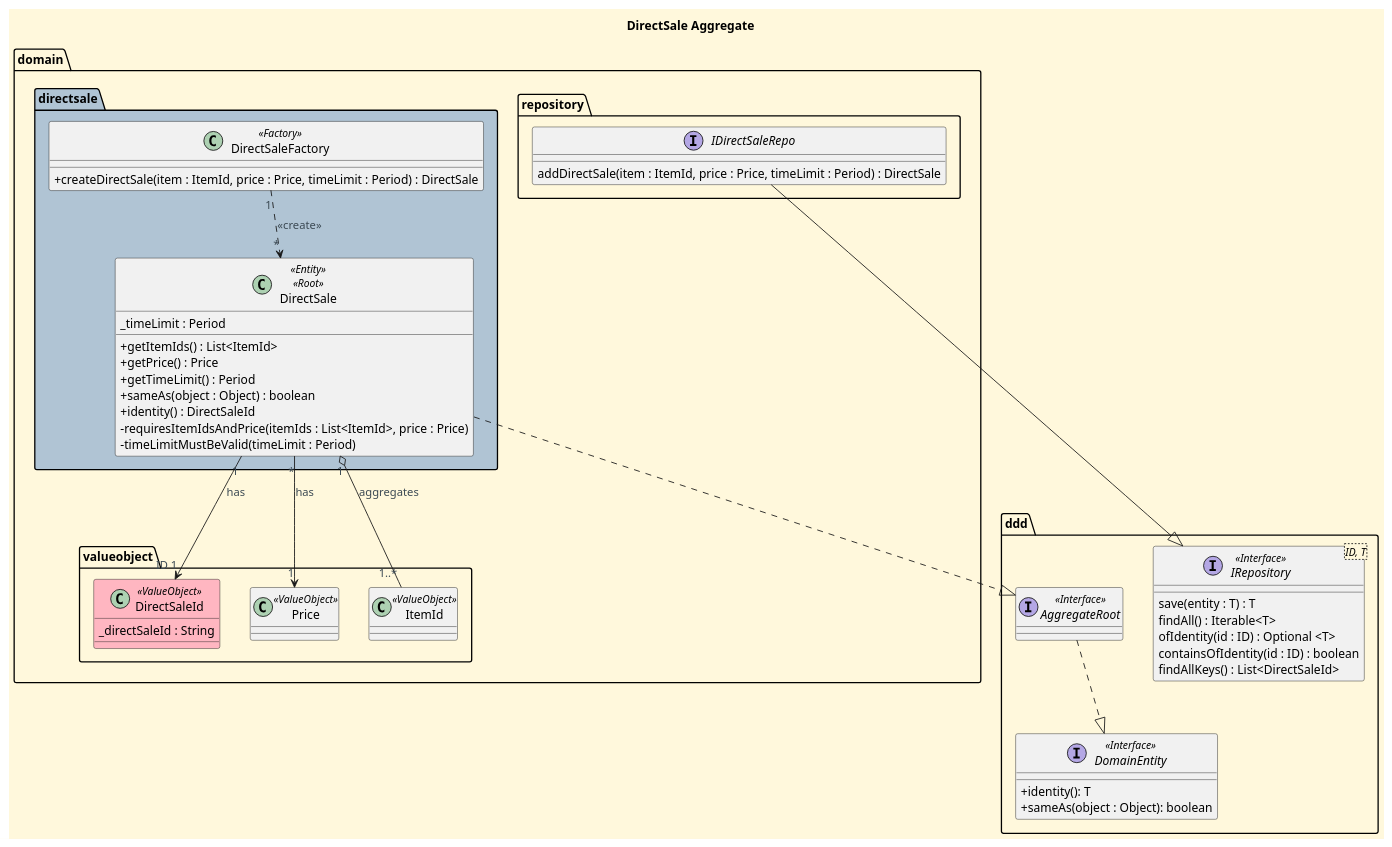
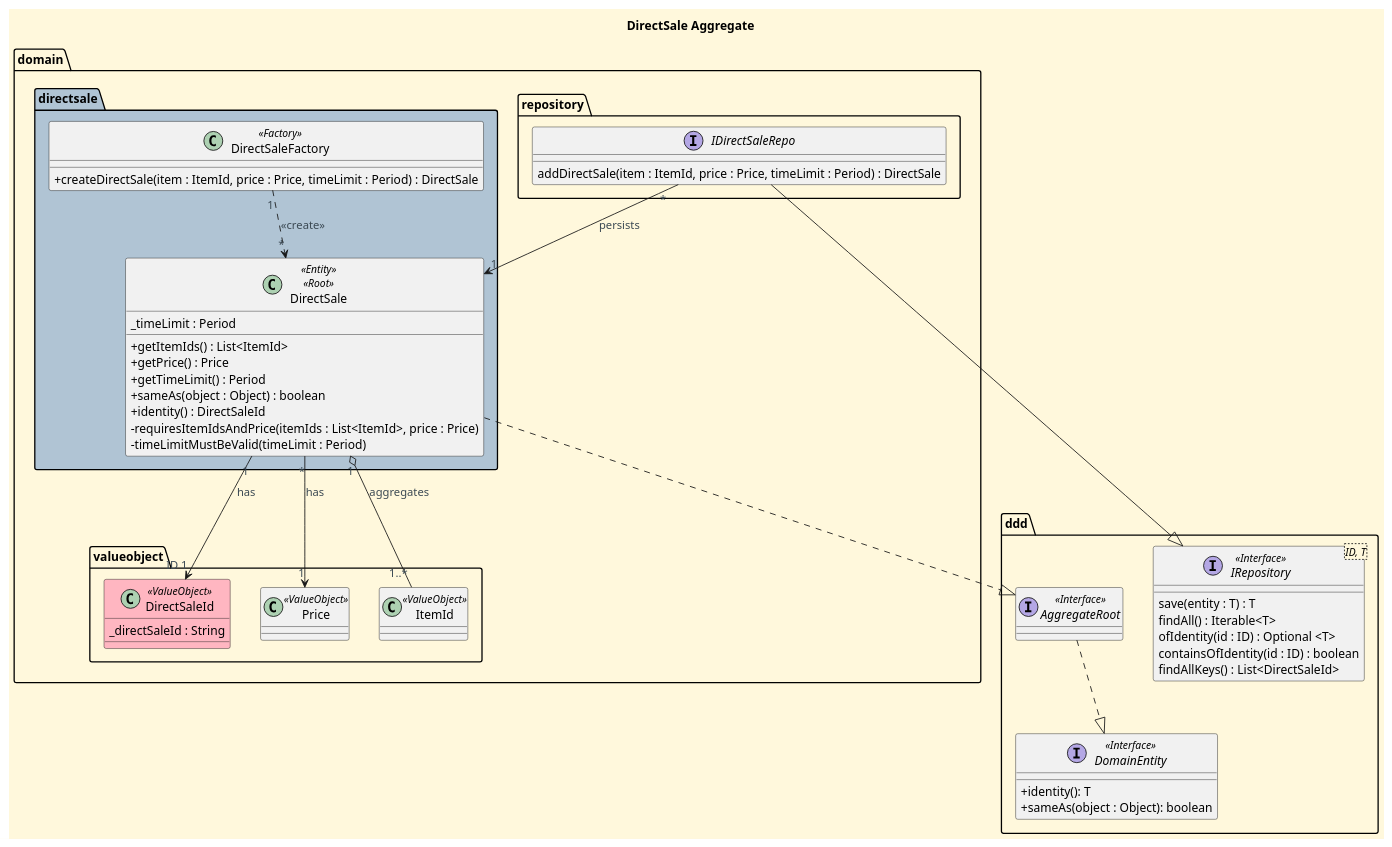
The diagram in docs/aggregates-diagrams/DirectSale_Aggregate.puml (CarolinaLeite-collab/JavaMarketplacePlatform), drawn with PlantUML before and after one commit.

Commit message:
Changes to DirectSale_Aggregate diagram (#689)

```diff
--- a/docs/aggregates-diagrams/DirectSale_Aggregate.puml
+++ b/docs/aggregates-diagrams/DirectSale_Aggregate.puml
@@ -1,93 +1,94 @@
 @startuml
 
 '==== Title ====
 title DirectSale Aggregate
 top to bottom direction
 
 '==== basic style ====
 skinparam monochrome false
 skinparam shadowing false
 skinparam defaultFontName Futura
 skinparam objectFontSize 20
 skinparam backgroundColor CornSilk
 skinparam objectBackgroundColor WhiteSmoke
 skinparam noteBackgroundColor #FFFFE0
 skinparam ArrowFontColor #3B4953
 skinparam ActivationBackgroundColor black
 skinparam classAttributeIconSize 0
 
 
 ' ===== Domain =====
 Package "domain" {
 
     Package "directsale" #b0c4d4 {
         class DirectSale <<Entity>> <<Root>> {
             _timeLimit : Period
             +getItemIds() : List<ItemId>
             +getPrice() : Price
             +getTimeLimit() : Period
             +sameAs(object : Object) : boolean
             +identity() : DirectSaleId
             -requiresItemIdsAndPrice(itemIds : List<ItemId>, price : Price)
             -timeLimitMustBeValid(timeLimit : Period)
             }
 
             class DirectSaleFactory <<Factory>> {
             + createDirectSale(item : ItemId, price : Price, timeLimit : Period) : DirectSale
             }
 }
     Package "repository" {
         interface IDirectSaleRepo{
         addDirectSale(item : ItemId, price : Price, timeLimit : Period) : DirectSale
         }
     }
 
     Package "valueobject" {
     '== Value Objects (Ids) ==
         class DirectSaleId <<ValueObject>> #LightPink{
         _directSaleId : String
         }
     ' ===== Value Objects =====
         class Price <<ValueObject>>
         class ItemId <<ValueObject>>
     }
 }
 
 
 
 Package "ddd" {
 
     interface IRepository<ID, T> <<Interface>> {
     save(entity : T) : T
     findAll() : Iterable<T>
     ofIdentity(id : ID) : Optional <T>
     containsOfIdentity(id : ID) : boolean
     findAllKeys() : List<DirectSaleId>
     }
 
     interface AggregateRoot <<Interface>> {
     }
 
     interface DomainEntity <<Interface>>{
     +identity(): T
     +sameAs(object : Object): boolean
     }
 }
 
 
 DirectSale "1" --> "ID 1" DirectSaleId : has
 
 
 DirectSale "*" --> "1" Price : has
 DirectSale "1" o--  "1..*" ItemId : aggregates
 
 ' ===== Factory =====
 DirectSaleFactory "1" ..> "*" DirectSale : <<create>>
 
+IDirectSaleRepo "*" --> "1" DirectSale : persists
 
 ' ===== Repository =====
 AggregateRoot ..|> DomainEntity
 IDirectSaleRepo --|> IRepository
 DirectSale ..|> AggregateRoot
 
 @enduml
```
